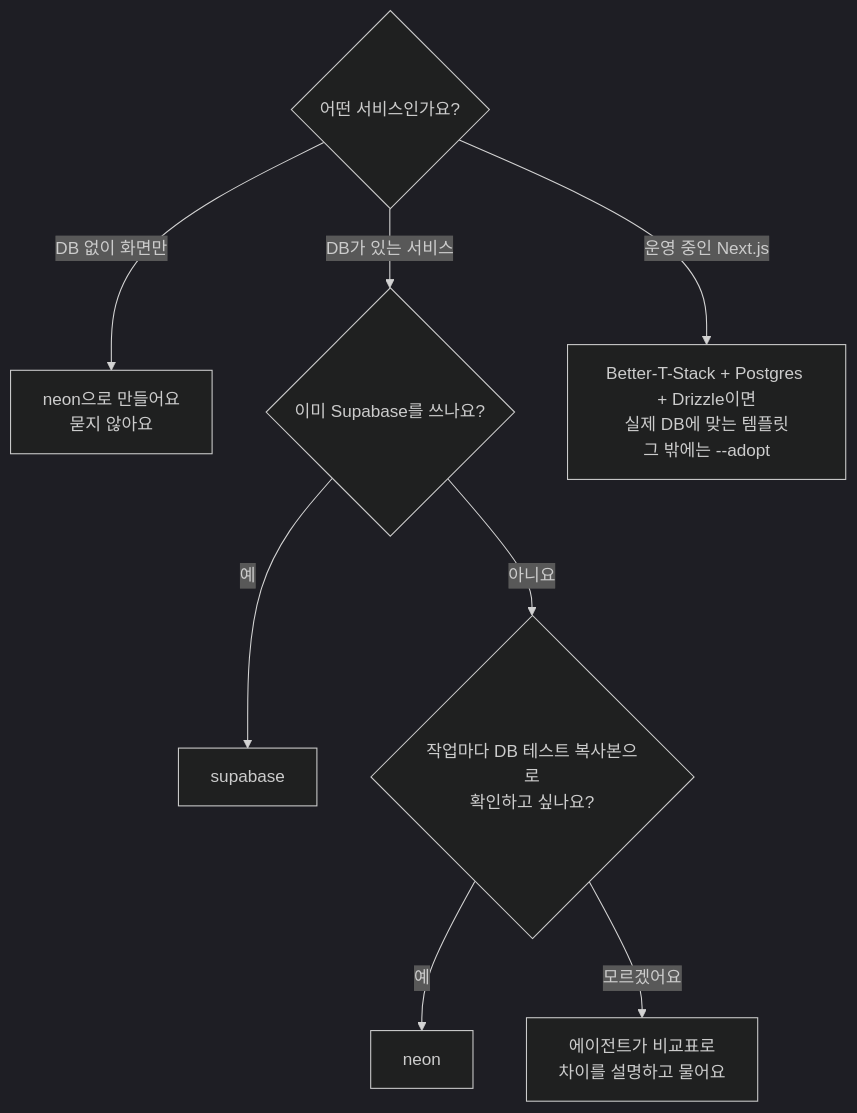
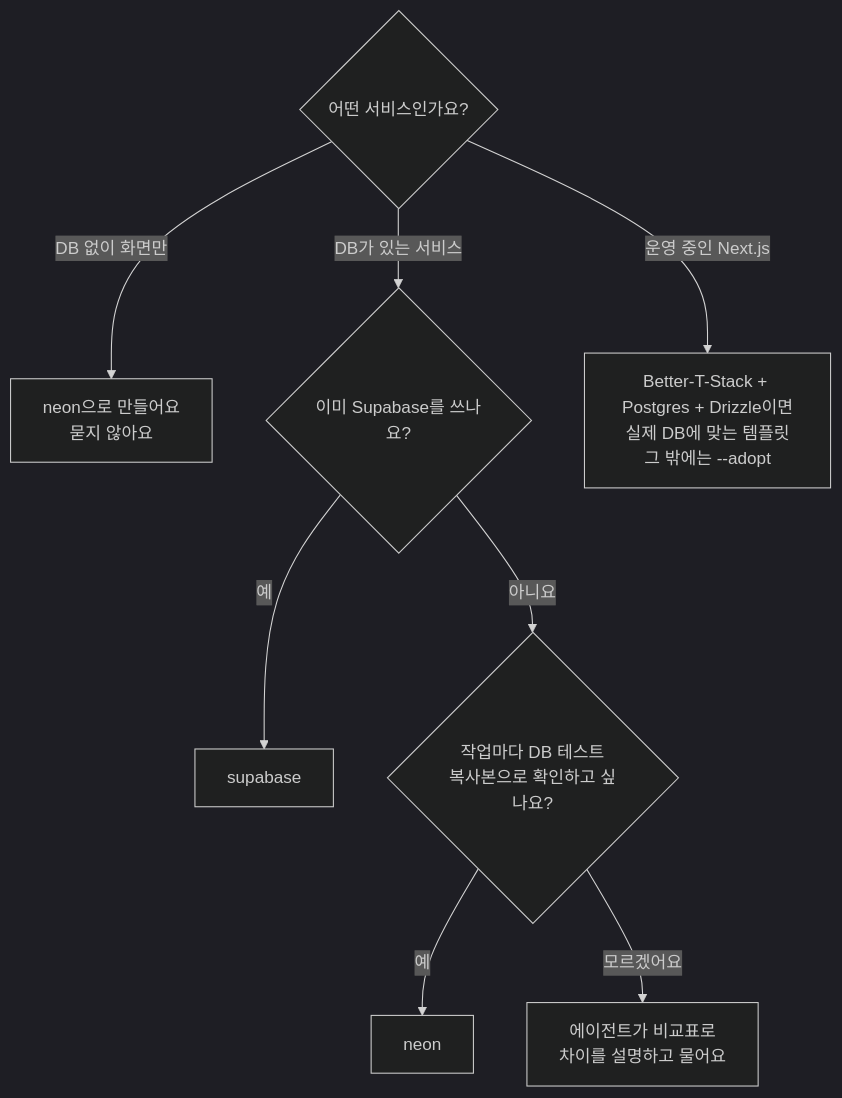
One commit to roadkwon-ai/pro-kit changed the second of 2 diagrams in handbook/templates/choose.md. Above: the diagram before and after it, drawn with Mermaid (dark theme). The commit also changed other lines of this file and 21 other files, not shown here.

````diff
--- a/handbook/templates/choose.md
+++ b/handbook/templates/choose.md
@@ -40,10 +43,15 @@
 ```mermaid
+---
+config:
+  flowchart:
+    wrappingWidth: 170
+---
 flowchart TD
   Q{"어떤 서비스인가요?"} -->|"DB 없이 화면만"| N0["neon으로 만들어요<br/>묻지 않아요"]
   Q -->|"DB가 있는 서비스"| D{"이미 Supabase를 쓰나요?"}
   D -->|"예"| SU["supabase"]
-  D -->|"아니요"| C{"작업마다 DB 테스트 복사본으로<br/>확인하고 싶나요?"}
+  D -->|"아니요"| C{"작업마다 DB 테스트<br/>복사본으로 확인하고 싶나요?"}
   C -->|"예"| NE["neon"]
   C -->|"모르겠어요"| ASK["에이전트가 비교표로<br/>차이를 설명하고 물어요"]
   Q -->|"운영 중인 Next.js"| OP["Better-T-Stack + Postgres + Drizzle이면<br/>실제 DB에 맞는 템플릿<br/>그 밖에는 --adopt"]
 ```
````
